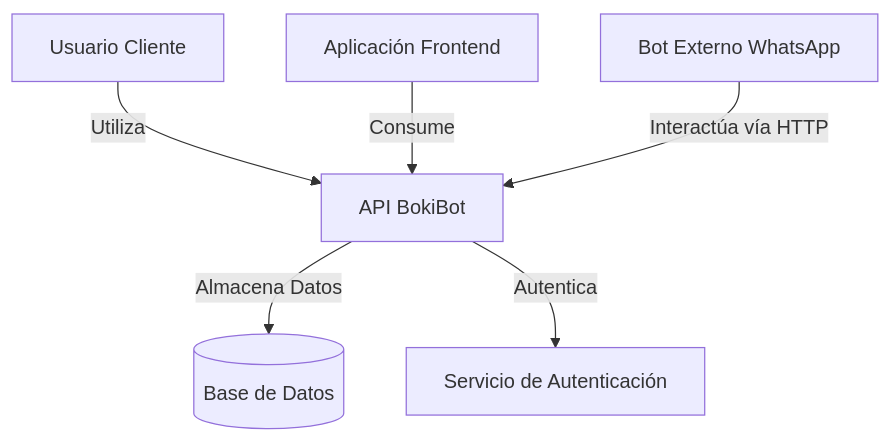
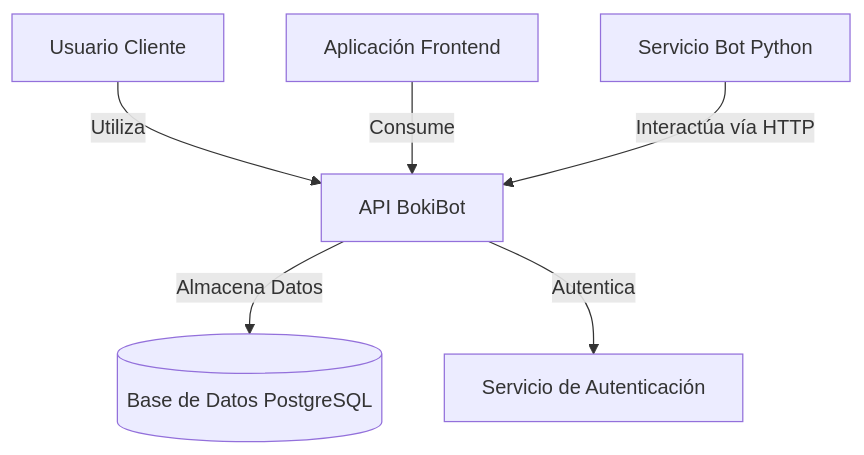
Before and after one commit to camilocalderont/boki-api: the first of 3 diagrams in README.md, drawn with Mermaid. The commit also changed other lines of this file, not shown here.

Commit message:
docs: actualizar README.md para reflejar cambios en la arquitectura de BokiBot API, incluyendo la transición a PostgreSQL, la eliminación de esquemas Joi en favor de DTOs y la adición de nuevos módulos y servicios.

````diff
--- a/README.md
+++ b/README.md
@@ -7,8 +7,8 @@
 ```mermaid
 graph TD
     User[Usuario Cliente] -->|Utiliza| API[API BokiBot]
     FrontEndApp[Aplicación Frontend] -->|Consume| API
-    WhatsAppBot[Bot Externo WhatsApp] -->|Interactúa vía HTTP| API
-    API -->|Almacena Datos| DB[(Base de Datos)]
+    ExternalBotService[Servicio Bot Python] -->|Interactúa vía HTTP| API
+    API -->|Almacena Datos| DB[(Base de Datos PostgreSQL)]
     API -->|Autentica| Auth[Servicio de Autenticación]
 ```
````
